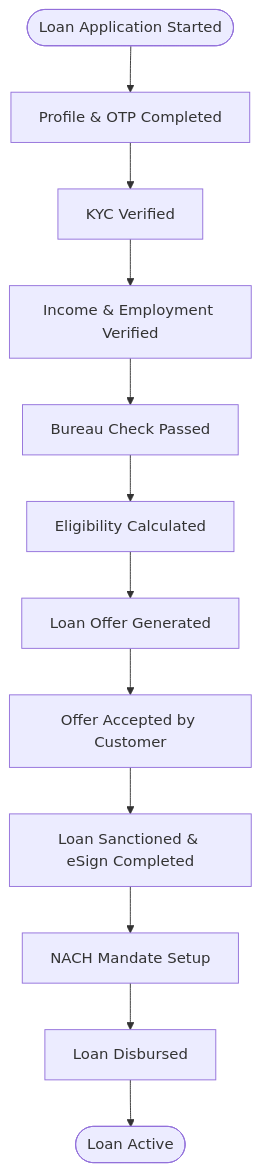
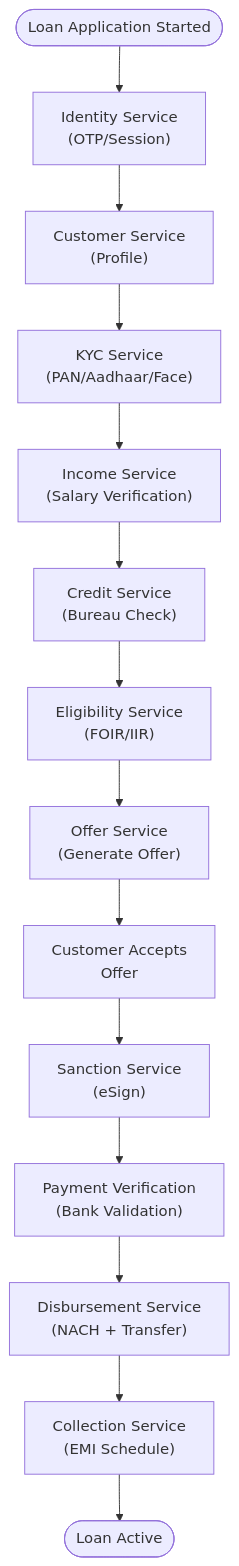
One commit to digital-loan-org/digital-loan-architecture changed the diagram in docs/lifecycle/daigrams/flow/loan-happy-path.mmd. Above: the diagram before and after it, drawn with Mermaid. The commit also changed 19 other files, not shown here.

Commit message:
Updated the architecture

```diff
--- a/docs/lifecycle/daigrams/flow/loan-happy-path.mmd
+++ b/docs/lifecycle/daigrams/flow/loan-happy-path.mmd
@@ -1,26 +1,30 @@
 flowchart TD
     Start([Loan Application Started])
 
-    Profile[Profile & OTP Completed]
-    KYC[KYC Verified]
-    Income[Income & Employment Verified]
-    Bureau[Bureau Check Passed]
-    Eligibility[Eligibility Calculated]
-    Offer[Loan Offer Generated]
-    Accept[Offer Accepted by Customer]
-    Sanction[Loan Sanctioned & eSign Completed]
-    NACH[NACH Mandate Setup]
-    Disburse[Loan Disbursed]
+    Identity["Identity Service<br/>(OTP/Session)"]
+    Profile["Customer Service<br/>(Profile)"]
+    KYC["KYC Service<br/>(PAN/Aadhaar/Face)"]
+    Income["Income Service<br/>(Salary Verification)"]
+    Credit["Credit Service<br/>(Bureau Check)"]
+    Eligibility["Eligibility Service<br/>(FOIR/IIR)"]
+    Offer["Offer Service<br/>(Generate Offer)"]
+    Accept["Customer Accepts<br/>Offer"]
+    Sanction["Sanction Service<br/>(eSign)"]
+    PayVer["Payment Verification<br/>(Bank Validation)"]
+    Disb["Disbursement Service<br/>(NACH + Transfer)"]
+    Collection["Collection Service<br/>(EMI Schedule)"]
     End([Loan Active])
 
-    Start --> Profile
+    Start --> Identity
+    Identity --> Profile
     Profile --> KYC
     KYC --> Income
-    Income --> Bureau
-    Bureau --> Eligibility
+    Income --> Credit
+    Credit --> Eligibility
     Eligibility --> Offer
     Offer --> Accept
     Accept --> Sanction
-    Sanction --> NACH
-    NACH --> Disburse
-    Disburse --> End
+    Sanction --> PayVer
+    PayVer --> Disb
+    Disb --> Collection
+    Collection --> End
```
